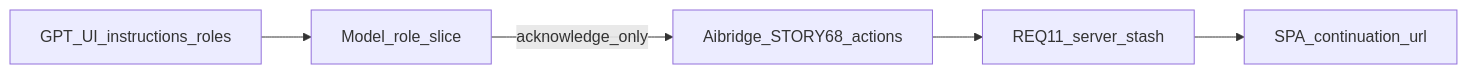
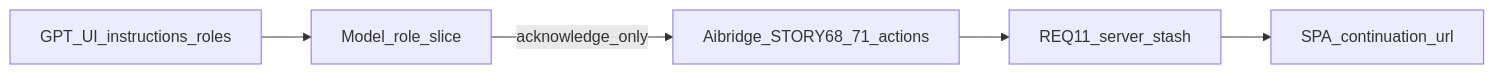
The diagram in docs/architecture/req15-tg-interviewer-roles-ux/00-overview.md (DOGE-Complaints/gpt-ui), drawn with Mermaid before and after one commit. The commit also changed other lines of this file and 14 other files, not shown here.

````diff
--- a/docs/architecture/req15-tg-interviewer-roles-ux/00-overview.md
+++ b/docs/architecture/req15-tg-interviewer-roles-ux/00-overview.md
@@ -21,11 +23,11 @@
 ```mermaid
 flowchart LR
   rolesProse["GPT_UI_instructions_roles"]
   model["Model_role_slice"]
-  actions["Aibridge_STORY68_actions"]
+  actions["Aibridge_STORY68_71_actions"]
   stash["REQ11_server_stash"]
   spa["SPA_continuation_url"]
   rolesProse --> model
   model -->|"acknowledge_only"| actions
   actions --> stash --> spa
 ```
````
